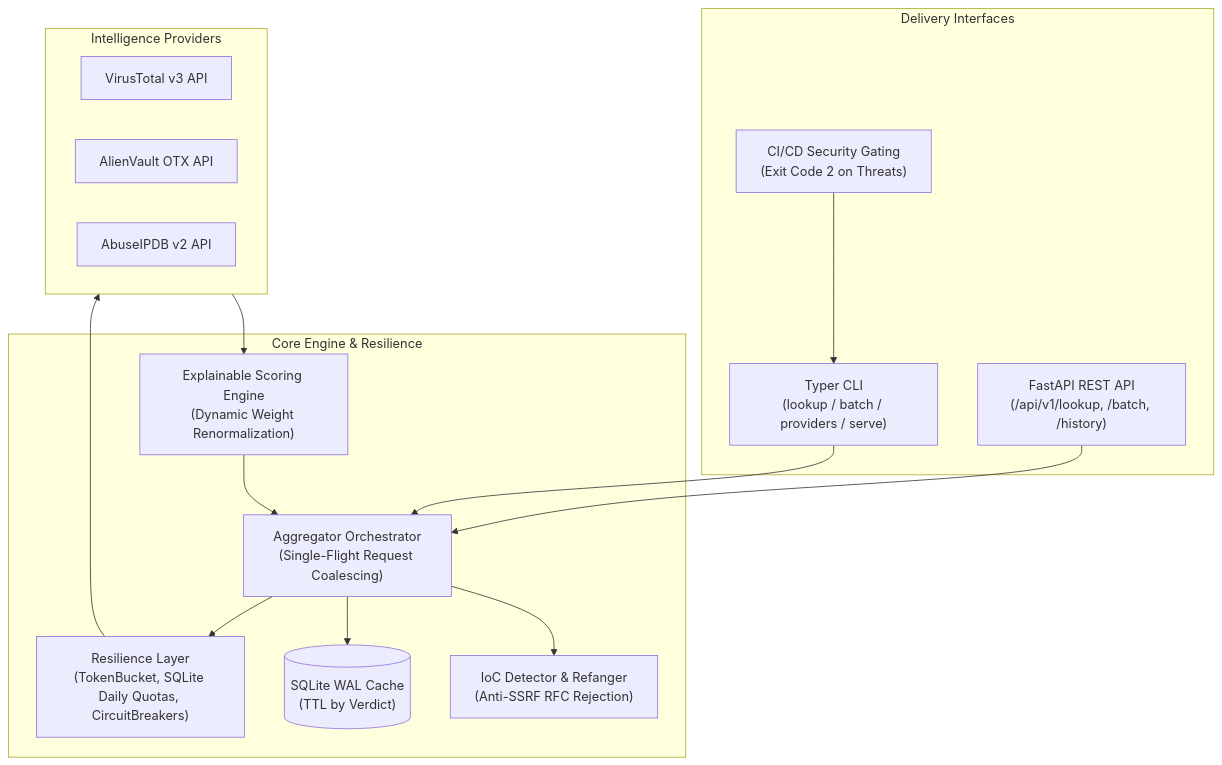
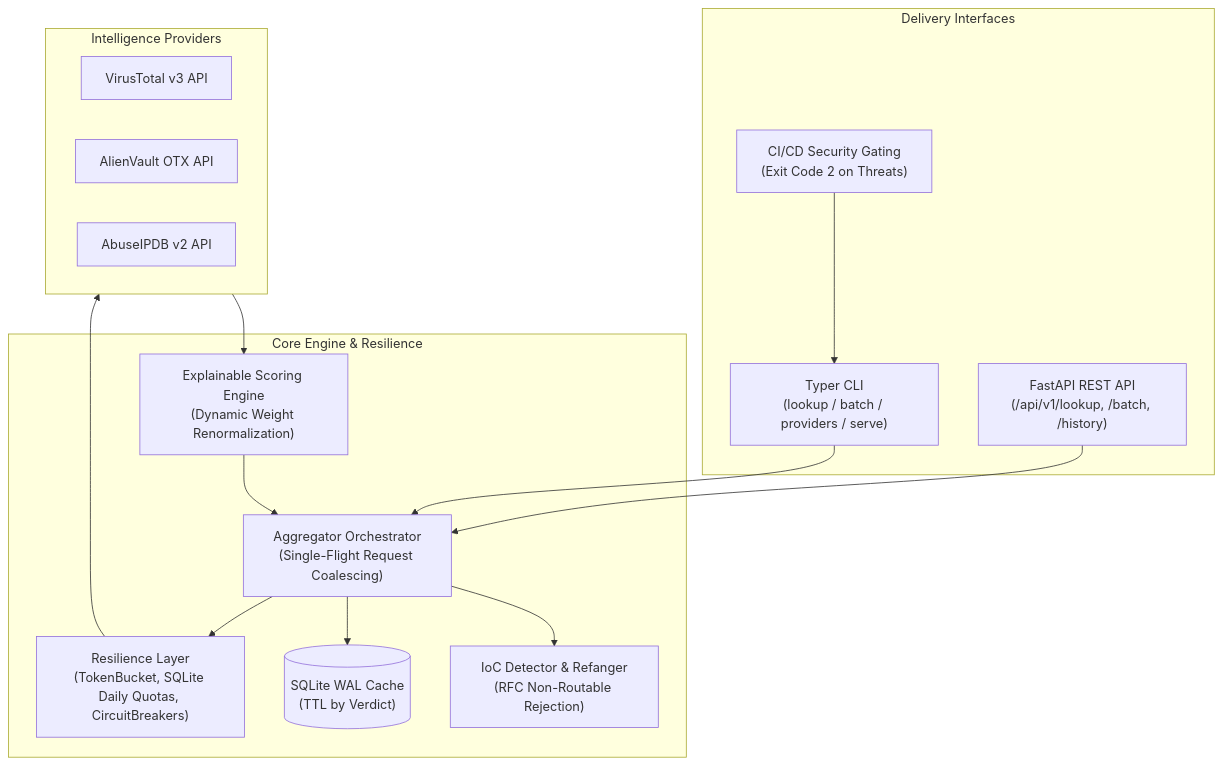
One commit to Fantcoder/Threat-Lens changed the diagram in README.md. Above: the diagram before and after it, drawn with Mermaid. The commit also changed other lines of this file and 4 other files, not shown here.

````diff
--- a/README.md
+++ b/README.md
@@ -19,32 +18,32 @@
 ```mermaid
 graph TD
     subgraph Clients ["Delivery Interfaces"]
         CLI["Typer CLI<br/>(lookup / batch / providers / serve)"]
         API["FastAPI REST API<br/>(/api/v1/lookup, /batch, /history)"]
         Gate["CI/CD Security Gating<br/>(Exit Code 2 on Threats)"]
     end
 
     subgraph Core ["Core Engine & Resilience"]
-        Det["IoC Detector & Refanger<br/>(Anti-SSRF RFC Rejection)"]
+        Det["IoC Detector & Refanger<br/>(RFC Non-Routable Rejection)"]
         Agg["Aggregator Orchestrator<br/>(Single-Flight Request Coalescing)"]
         Score["Explainable Scoring Engine<br/>(Dynamic Weight Renormalization)"]
         Res["Resilience Layer<br/>(TokenBucket, SQLite Daily Quotas, CircuitBreakers)"]
         Cache[("SQLite WAL Cache<br/>(TTL by Verdict)")]
     end
 
     subgraph Providers ["Intelligence Providers"]
         VT["VirusTotal v3 API"]
         OTX["AlienVault OTX API"]
         Abuse["AbuseIPDB v2 API"]
     end
 
     CLI --> Agg
     API --> Agg
     Gate --> CLI
     Agg --> Det
     Agg --> Cache
     Agg --> Res
     Res --> Providers
     Providers --> Score
     Score --> Agg
 ```
````
